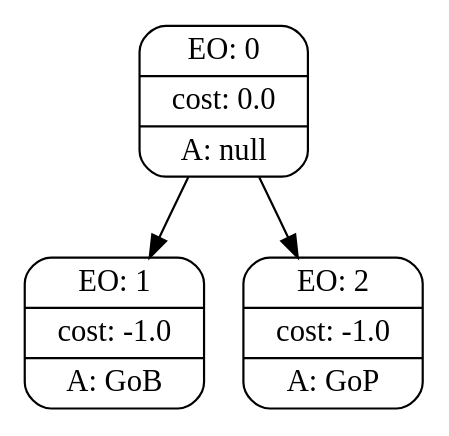
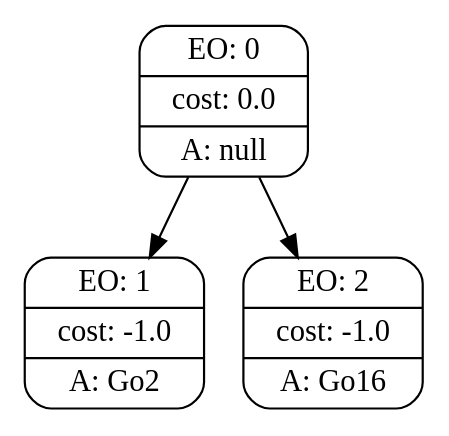
One commit to lniklison/TP-Inteligencia-artificial changed the diagram in searchGVTrees/13.dot. Above: the diagram before and after it, drawn with Graphviz. The commit also changed 29 other files, not shown here.

```diff
--- a/searchGVTrees/13.dot
+++ b/searchGVTrees/13.dot
@@ -1,12 +1,12 @@
 digraph g {
 node [shape = Mrecord];
 nodo0[label="{EO: 0|cost: 0.0|A: null}"]
-nodo1[label="{EO: 1|cost: -1.0|A: GoB}"]
+nodo1[label="{EO: 1|cost: -1.0|A: Go2}"]
 
 nodo0 -> nodo1;
-nodo2[label="{EO: 2|cost: -1.0|A: GoP}"]
+nodo2[label="{EO: 2|cost: -1.0|A: Go16}"]
 
 nodo0 -> nodo2;
 
 
 }
```
